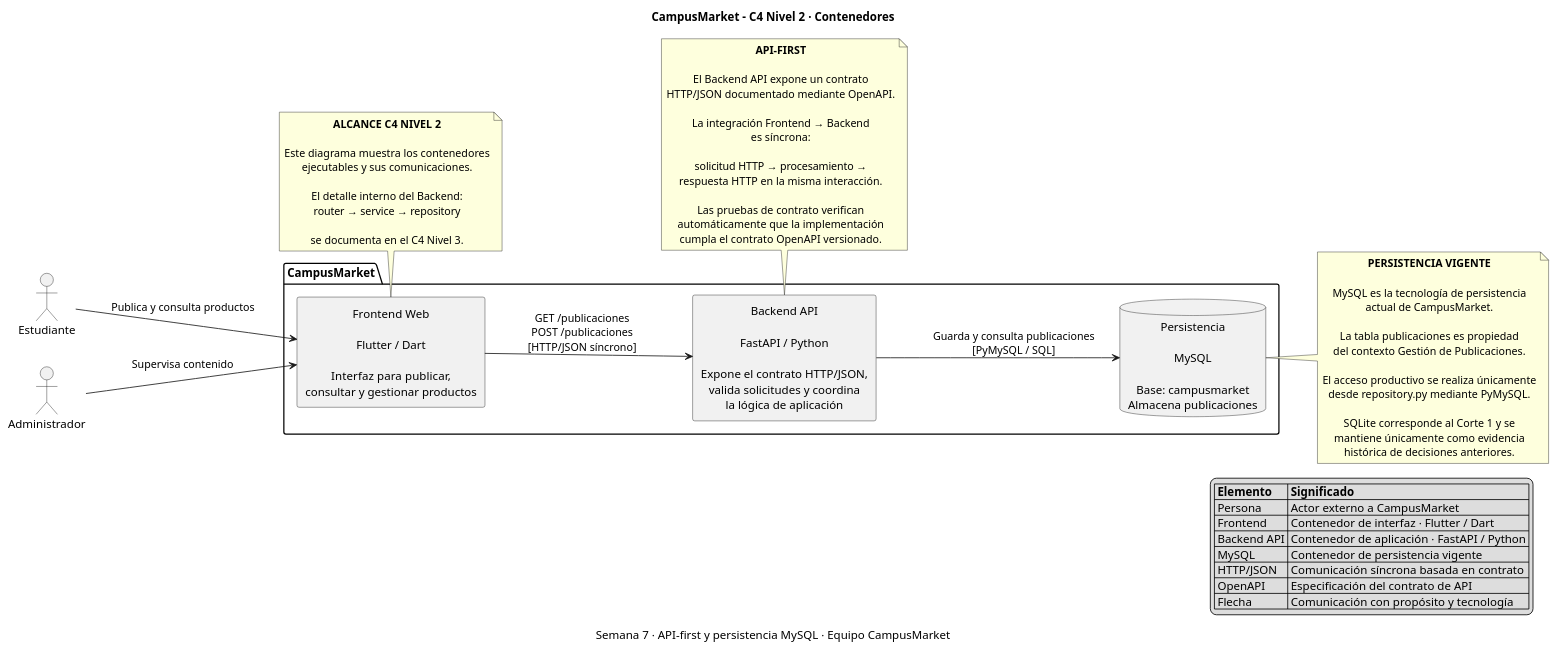
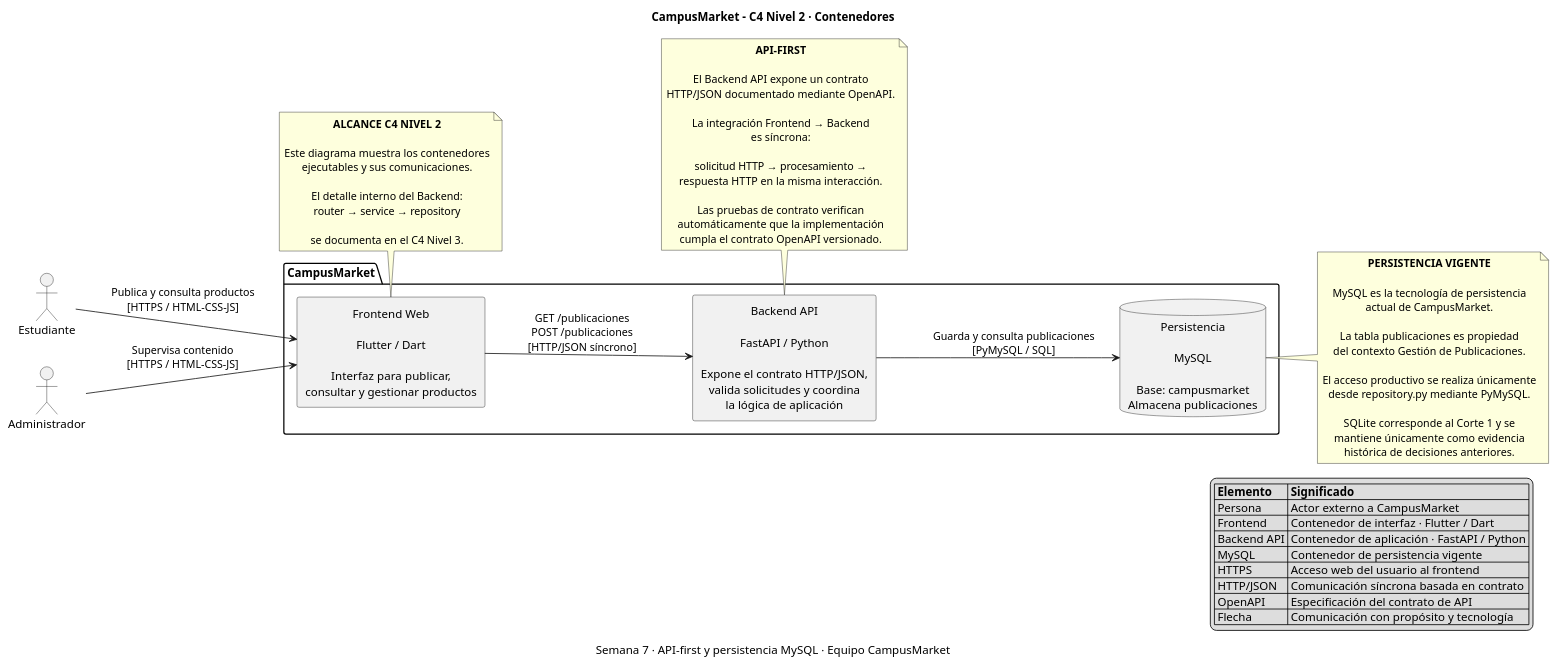
One commit to ISCOUTB/AS_202620_PROYECTO_CAMPUSMARKET changed the diagram in docs/c4/02-contenedores.puml. Above: the diagram before and after it, drawn with PlantUML.

Commit message:
Add technology details to container interactions

```diff
--- a/docs/c4/02-contenedores.puml
+++ b/docs/c4/02-contenedores.puml
@@ -1,89 +1,90 @@
 @startuml
 
 title CampusMarket - C4 Nivel 2 · Contenedores
 caption Semana 7 · API-first y persistencia MySQL · Equipo CampusMarket
 
 left to right direction
 
 skinparam shadowing false
 skinparam actorStyle stickman
 skinparam defaultTextAlignment center
 
 actor "Estudiante" as estudiante
 actor "Administrador" as administrador
 
 package "CampusMarket" {
 
     rectangle "Frontend Web\n\nFlutter / Dart\n\nInterfaz para publicar,\nconsultar y gestionar productos" as frontend
 
     rectangle "Backend API\n\nFastAPI / Python\n\nExpone el contrato HTTP/JSON,\nvalida solicitudes y coordina\nla lógica de aplicación" as backend
 
     database "Persistencia\n\nMySQL\n\nBase: campusmarket\nAlmacena publicaciones" as mysql
 }
 
-estudiante --> frontend : Publica y consulta productos
+estudiante --> frontend : Publica y consulta productos\n[HTTPS / HTML-CSS-JS]
 
-administrador --> frontend : Supervisa contenido
+administrador --> frontend : Supervisa contenido\n[HTTPS / HTML-CSS-JS]
 
 frontend --> backend : GET /publicaciones\nPOST /publicaciones\n[HTTP/JSON síncrono]
 
 backend --> mysql : Guarda y consulta publicaciones\n[PyMySQL / SQL]
 
 note bottom of backend
 **API-FIRST**
 
 El Backend API expone un contrato
 HTTP/JSON documentado mediante OpenAPI.
 
 La integración Frontend → Backend
 es síncrona:
 
 solicitud HTTP → procesamiento →
 respuesta HTTP en la misma interacción.
 
 Las pruebas de contrato verifican
 automáticamente que la implementación
 cumpla el contrato OpenAPI versionado.
 end note
 
 note right of mysql
 **PERSISTENCIA VIGENTE**
 
 MySQL es la tecnología de persistencia
 actual de CampusMarket.
 
 La tabla publicaciones es propiedad
 del contexto Gestión de Publicaciones.
 
 El acceso productivo se realiza únicamente
 desde repository.py mediante PyMySQL.
 
 SQLite corresponde al Corte 1 y se
 mantiene únicamente como evidencia
 histórica de decisiones anteriores.
 end note
 
 legend right
 |= Elemento |= Significado |
 | Persona | Actor externo a CampusMarket |
 | Frontend | Contenedor de interfaz · Flutter / Dart |
 | Backend API | Contenedor de aplicación · FastAPI / Python |
 | MySQL | Contenedor de persistencia vigente |
+| HTTPS | Acceso web del usuario al frontend |
 | HTTP/JSON | Comunicación síncrona basada en contrato |
 | OpenAPI | Especificación del contrato de API |
 | Flecha | Comunicación con propósito y tecnología |
 endlegend
 
 note bottom of frontend
 **ALCANCE C4 NIVEL 2**
 
 Este diagrama muestra los contenedores
 ejecutables y sus comunicaciones.
 
 El detalle interno del Backend:
 router → service → repository
 
 se documenta en el C4 Nivel 3.
 end note
 
 @enduml
```
